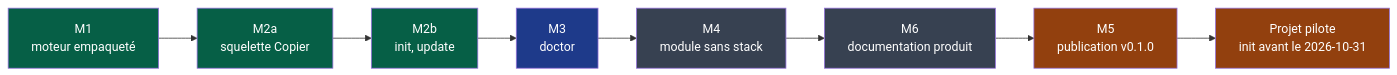
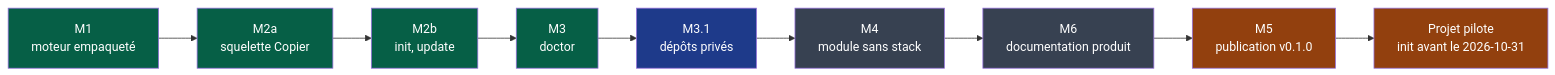
The diagram in docs/governance/plans/2026-09-15-moteur-v0.1.0.md (NapkinStack/engineering-os), drawn with Mermaid before and after one commit. The commit also changed other lines of this file and 7 other files, not shown here.

First line of the commit message:
M3.1 — Dépôts privés (#17)

````diff
--- a/docs/governance/plans/2026-09-15-moteur-v0.1.0.md
+++ b/docs/governance/plans/2026-09-15-moteur-v0.1.0.md
@@ -48,15 +48,16 @@
 ```mermaid
 flowchart LR
     M1["M1<br/>moteur empaqueté"]:::fait --> M2a["M2a<br/>squelette Copier"]:::fait
     M2a --> M2b["M2b<br/>init, update"]:::fait
-    M2b --> M3["M3<br/>doctor"]:::encours
-    M3 --> M4["M4<br/>module sans stack"]:::afaire
+    M2b --> M3["M3<br/>doctor"]:::fait
+    M3 --> M31["M3.1<br/>dépôts privés"]:::encours
+    M31 --> M4["M4<br/>module sans stack"]:::afaire
     M4 --> M6["M6<br/>documentation produit"]:::afaire
     M6 --> M5["M5<br/>publication v0.1.0"]:::humain
     M5 --> PP["Projet pilote<br/>init avant le 2026-10-31"]:::humain
 
     classDef fait fill:#065f46,color:#fff
     classDef encours fill:#1e3a8a,color:#fff
     classDef afaire fill:#374151,color:#fff
     classDef humain fill:#92400e,color:#fff
 ```
````
